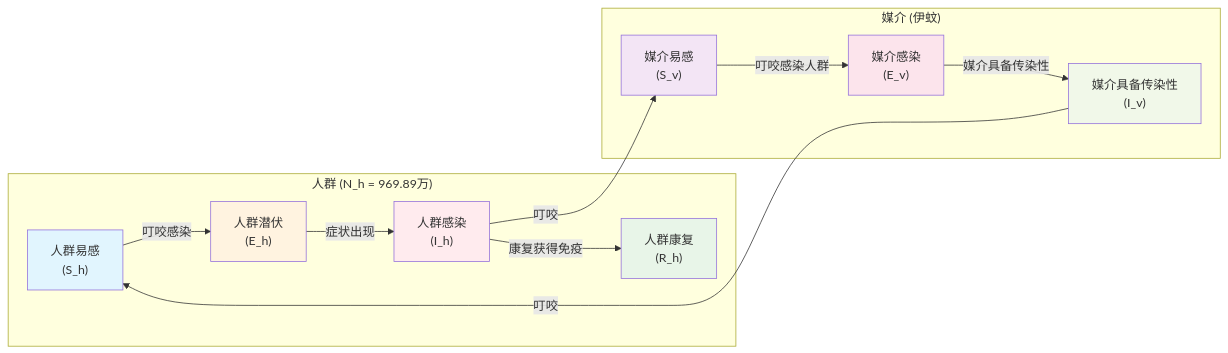
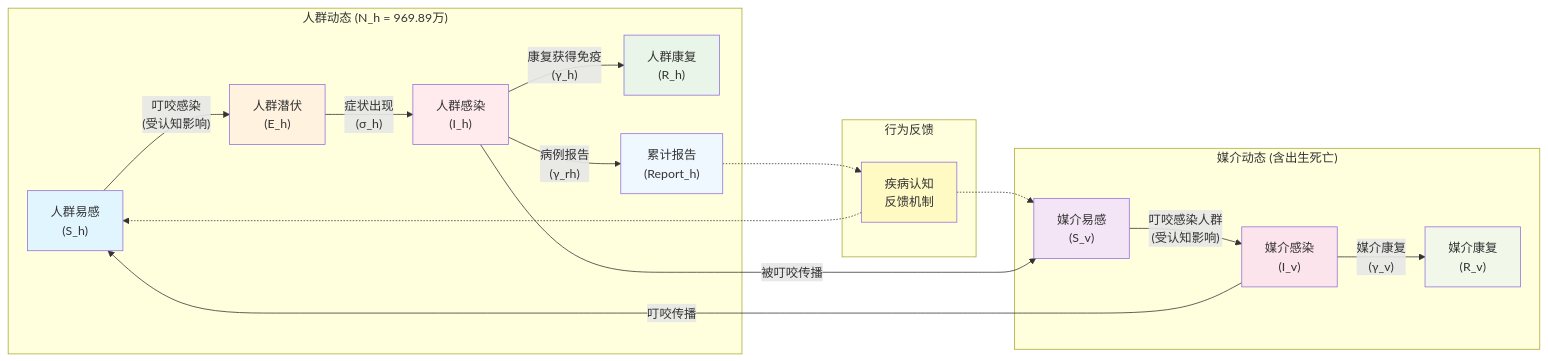
The diagram in MODEL_REPORT_CN.qmd (sepmein/vector_borne_disease_modelling), drawn with Mermaid before and after one commit. The commit also changed other lines of this file and 5 other files, not shown here.

````diff
--- a/MODEL_REPORT_CN.qmd
+++ b/MODEL_REPORT_CN.qmd
@@ -315,39 +467,52 @@
 ```{mermaid model-structure-flowchart}
 flowchart LR
   SH["人群易感<br/>(S_h)"]
   EH["人群潜伏<br/>(E_h)"]
   IH["人群感染<br/>(I_h)"]
   RH["人群康复<br/>(R_h)"]
+  RH2["累计报告<br/>(Report_h)"]
   SV["媒介易感<br/>(S_v)"]
-  EV["媒介感染<br/>(E_v)"]
-  IV["媒介具备传染性<br/>(I_v)"]
+  IV["媒介感染<br/>(I_v)"]
+  RV["媒介康复<br/>(R_v)"]
+  AWARE["疾病认知<br/>反馈机制"]
   
-  SH -- "叮咬感染" --> EH
-  EH -- "症状出现" --> IH
-  IH -- "康复获得免疫" --> RH
-  SV -- "叮咬感染人群" --> EV
-  EV -- "媒介具备传染性" --> IV
+  SH -- "叮咬感染<br/>(受认知影响)" --> EH
+  EH -- "症状出现<br/>(σ_h)" --> IH
+  IH -- "康复获得免疫<br/>(γ_h)" --> RH
+  IH -- "病例报告<br/>(γ_rh)" --> RH2
+  SV -- "叮咬感染人群<br/>(受认知影响)" --> IV
+  IV -- "媒介康复<br/>(γ_v)" --> RV
   
-  subgraph "人群 (N_h = 969.89万)"
+  RH2 -.-> AWARE
+  AWARE -.-> SH
+  AWARE -.-> SV
+  
+  subgraph "人群动态 (N_h = 969.89万)"
     SH
     EH
     IH
     RH
+    RH2
   end
-  subgraph "媒介 (伊蚊)"
+  subgraph "媒介动态 (含出生死亡)"
     SV
-    EV
     IV
+    RV
+  end
+  subgraph "行为反馈"
+    AWARE
   end
 
-  IV -- "叮咬" --> SH
-  IH -- "叮咬" --> SV
+  IV -- "叮咬传播" --> SH
+  IH -- "被叮咬传播" --> SV
   
   style SH fill:#e1f5fe
   style EH fill:#fff3e0
   style IH fill:#ffebee
   style RH fill:#e8f5e8
+  style RH2 fill:#f0f8ff
   style SV fill:#f3e5f5
-  style EV fill:#fce4ec
-  style IV fill:#f1f8e9
+  style IV fill:#fce4ec
+  style RV fill:#f1f8e9
+  style AWARE fill:#fff9c4
 ```
````
